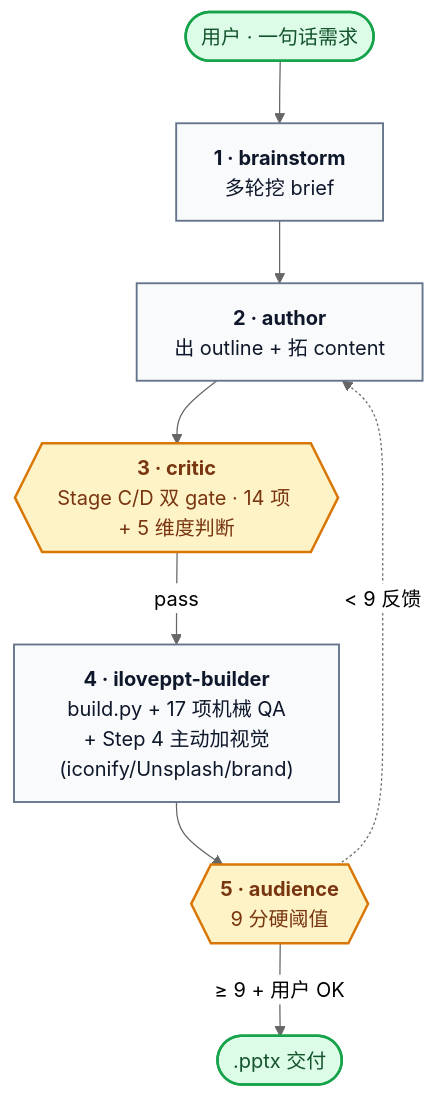
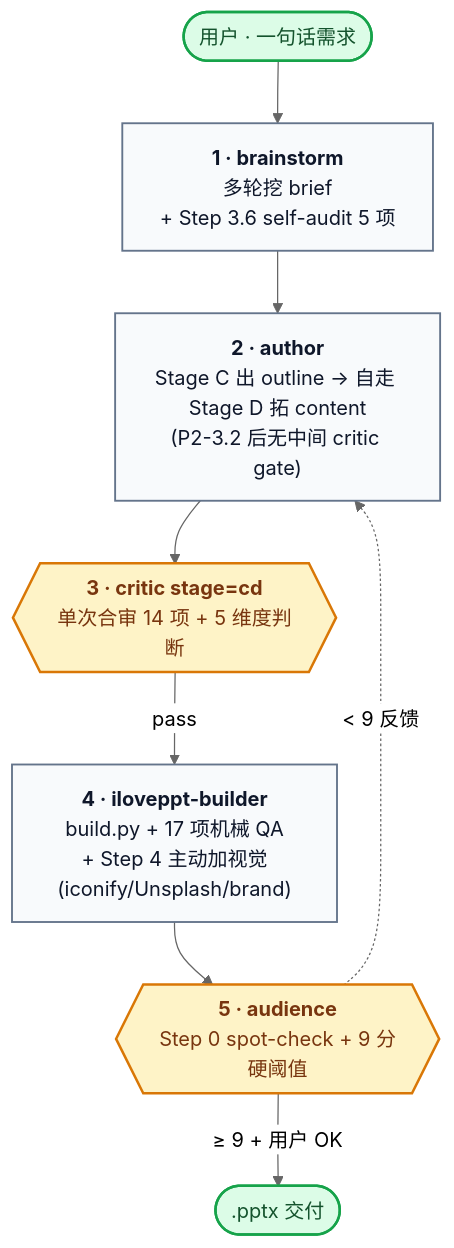
Before and after one commit to rogerluo2016ROL/iLovePPT: the diagram in README.md, drawn with Mermaid (neutral theme). The commit also changed other lines of this file and 10 other files, not shown here.

````diff
--- a/README.md
+++ b/README.md
@@ -46,18 +46,18 @@
 ```mermaid
 flowchart TB
-    U([用户 · 一句话需求]) --> BS["<b>1 · brainstorm</b><br/>多轮挖 brief"]
-    BS --> AU["<b>2 · author</b><br/>出 outline + 拓 content"]
-    AU --> CR{{"<b>3 · critic</b><br/>Stage C/D 双 gate · 14 项 + 5 维度判断"}}
+    U([用户 · 一句话需求]) --> BS["<b>1 · brainstorm</b><br/>多轮挖 brief<br/>+ Step 3.6 self-audit 5 项"]
+    BS --> AU["<b>2 · author</b><br/>Stage C 出 outline → 自走 Stage D 拓 content<br/>(P2-3.2 后无中间 critic gate)"]
+    AU --> CR{{"<b>3 · critic stage=cd</b><br/>单次合审 14 项 + 5 维度判断"}}
     CR -->|pass| BD["<b>4 · iloveppt-builder</b><br/>build.py + 17 项机械 QA<br/>+ Step 4 主动加视觉(iconify/Unsplash/brand)"]
-    BD --> AD{{"<b>5 · audience</b><br/>9 分硬阈值"}}
+    BD --> AD{{"<b>5 · audience</b><br/>Step 0 spot-check + 9 分硬阈值"}}
     AD -->|≥ 9 + 用户 OK| OUT([.pptx 交付])
     AD -.->|< 9 反馈| AU
 
     classDef agent fill:#F8FAFC,stroke:#64748B,stroke-width:1.5px,color:#0F172A
     classDef gate fill:#FEF3C7,stroke:#D97706,stroke-width:2px,color:#78350F
     classDef io fill:#DCFCE7,stroke:#16A34A,stroke-width:2px,color:#14532D
 
     class BS,AU,BD agent
     class CR,AD gate
     class U,OUT io
 ```
````
